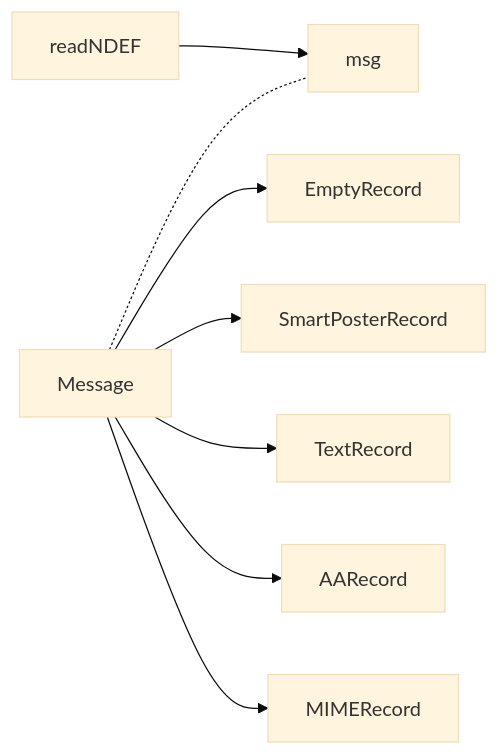
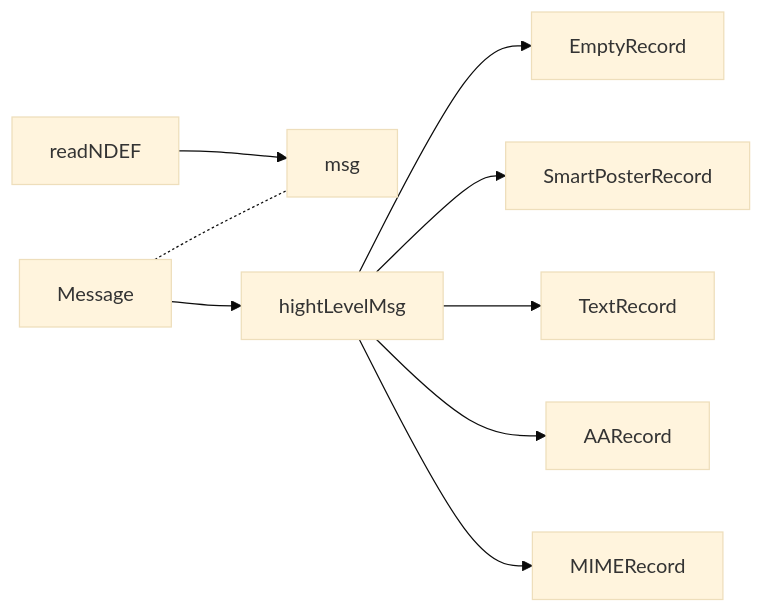
One commit to gordianknotC/nxp_note changed the third of 3 diagrams in nxp/Demo.md. Above: the diagram before and after it, drawn with Mermaid (base theme). The commit also changed other lines of this file, not shown here.

Commit message:
nxp/Demo.md updated from https://stackedit.io/

````diff
--- a/nxp/Demo.md
+++ b/nxp/Demo.md
@@ -129,13 +129,14 @@
 ```mermaid
 graph LR
 msg
 
 readNDEF --> msg
 Message -.- msg
-Message --> EmptyRecord
-Message --> SmartPosterRecord
-Message --> TextRecord
-Message --> AARecord
-Message --> MIMERecord
+Message --> hightLevelMsg
+hightLevelMsg--> EmptyRecord
+hightLevelMsg--> SmartPosterRecord
+hightLevelMsg--> TextRecord
+hightLevelMsg--> AARecord
+hightLevelMsg--> MIMERecord
 
 ```
````
